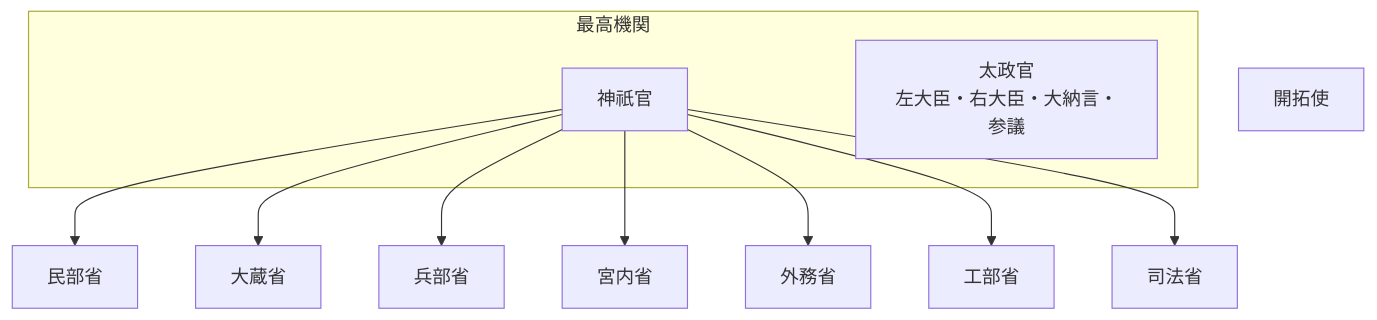
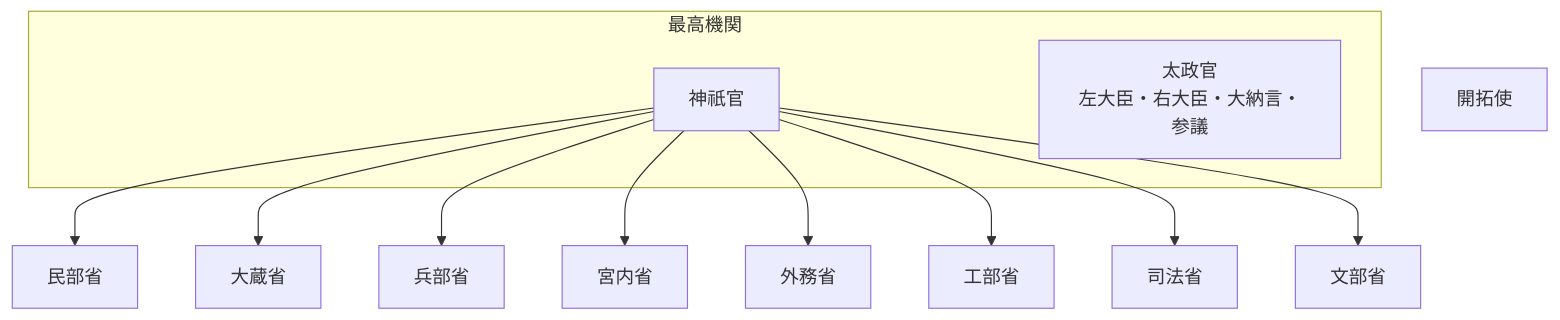
The diagram in README.md (tatemaru/jp-admin-org-chart), drawn with Mermaid before and after one commit. The commit also changed other lines of this file, not shown here.

First line of the commit message:
feat(文部省): 文部省を設置

````diff
--- a/README.md
+++ b/README.md
@@ -9,23 +9,25 @@
 ```mermaid
 flowchart TB
   subgraph top["最高機関"]
     JingiKan["神祇官"]
     Dajokan["太政官
 左大臣・右大臣・大納言・参議"]
   end
   Minbu["民部省"]
   JingiKan --> Minbu
   Okura["大蔵省"]
   JingiKan --> Okura
   Hyobu["兵部省"]
   JingiKan --> Hyobu
   Kunai["宮内省"]
   JingiKan --> Kunai
   Gaimu["外務省"]
   JingiKan --> Gaimu
   Kobu["工部省"]
   JingiKan --> Kobu
   Shiho["司法省"]
   JingiKan --> Shiho
+  Mombu["文部省"]
+  JingiKan --> Mombu
   Kaitaku["開拓使"]
 ```
````
